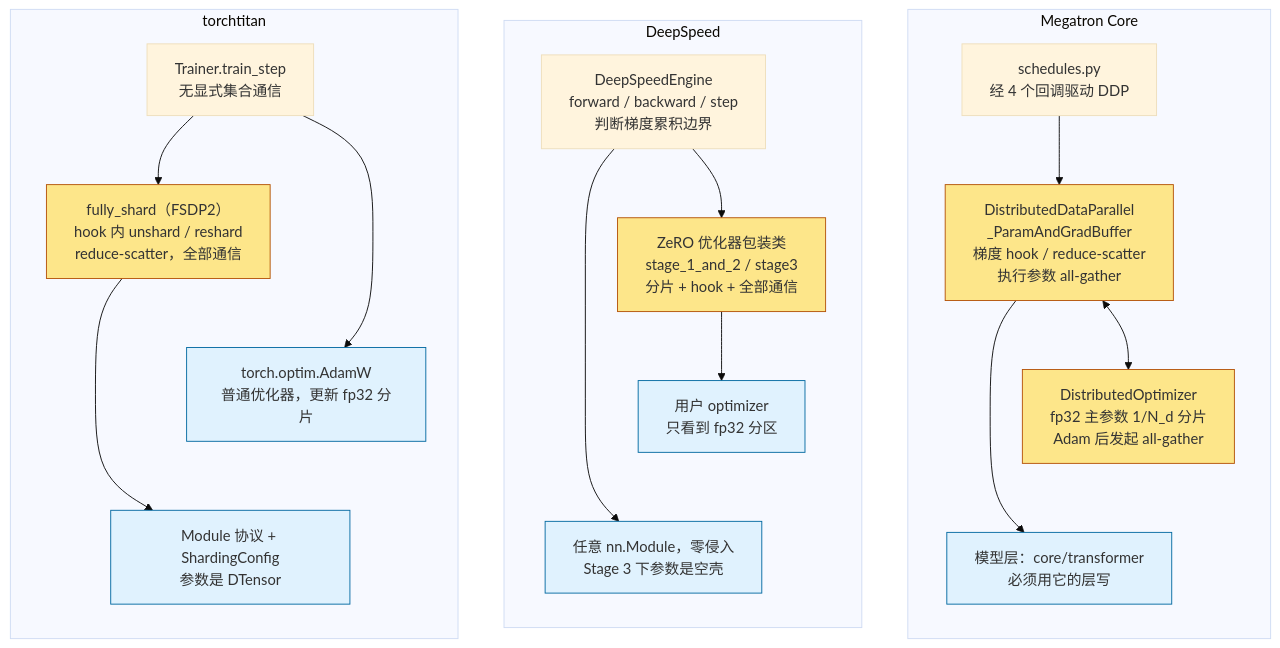
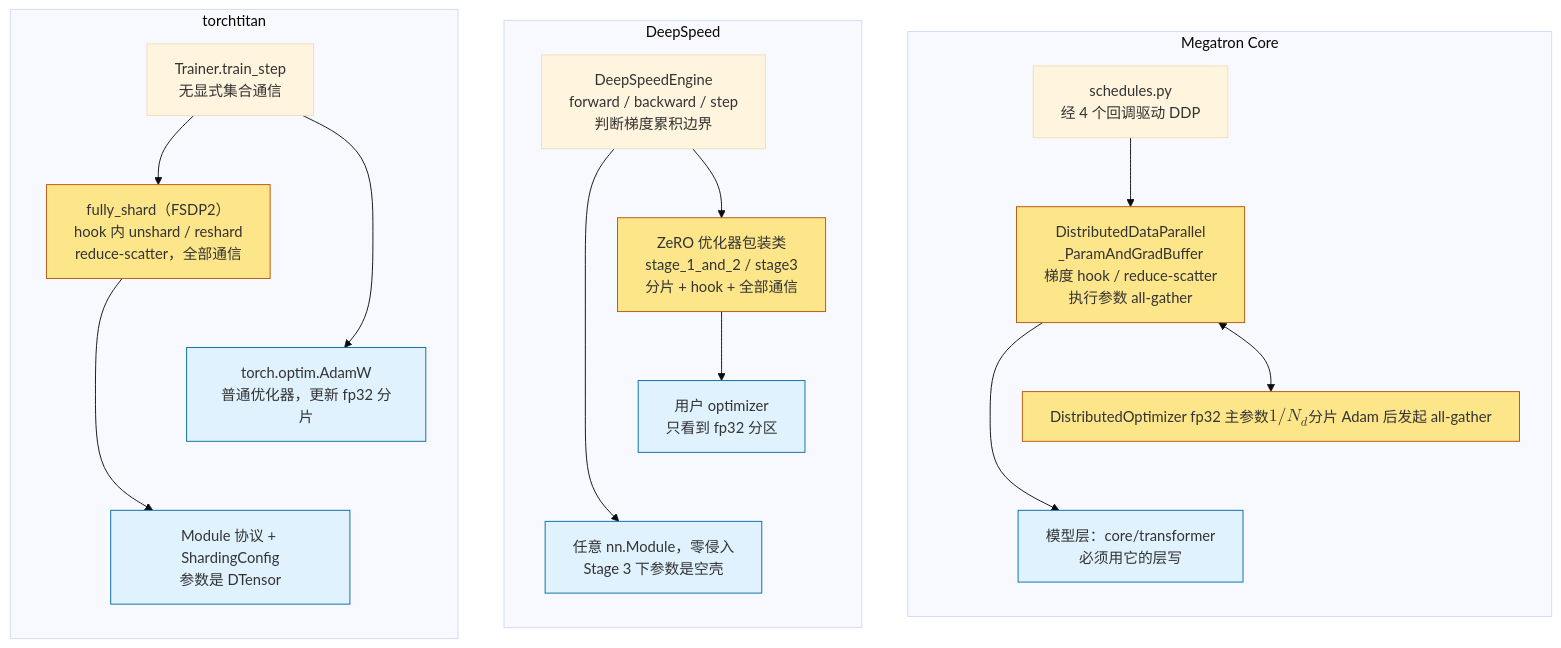
The first of 2 diagrams in _posts/2026-07-18-deepspeed-architecture-and-source-guide.md (arganzheng/arganzheng.github.com), drawn with Mermaid (base theme) before and after one commit. The commit also changed other lines of this file, not shown here.

Commit message:
大规模训练工程（04）：DeepSpeed——从优化器状态切起的架构与源码导读：Mermaid 伪公式改用 KaTeX
Mermaid 里的伪公式（Unicode 上下标、下划线下标、ᵀ、帽子 / 波浪号、希腊字母变量）改为 $$…$$，按正文的写法排版：
- $$1/N_d$$
- $$N_d$$

其中一处在 sequenceDiagram 里（Mermaid 以 MathML 渲染）。

代码名、形状写法、只有 ² 的写法保持原样。

````diff
--- a/_posts/2026-07-18-deepspeed-architecture-and-source-guide.md
+++ b/_posts/2026-07-18-deepspeed-architecture-and-source-guide.md
@@ -217,42 +217,42 @@
 ```mermaid
 %% 图：三个框架的分工：Megatron 是 DDP + DistributedOptimizer 两个类，DeepSpeed 是 ZeRO 优化器包装类，torchtitan 是 FSDP 负责一切通信
 flowchart TB
     subgraph MG["Megatron Core"]
         direction TB
         MG_S["schedules.py<br/>经 4 个回调驱动 DDP"]
         MG_D["DistributedDataParallel<br/>_ParamAndGradBuffer<br/>梯度 hook / reduce-scatter<br/>执行参数 all-gather"]
-        MG_O["DistributedOptimizer<br/>fp32 主参数 1/N_d 分片<br/>Adam 后发起 all-gather"]
+        MG_O["DistributedOptimizer<br/>fp32 主参数 $$1/N_d$$ 分片<br/>Adam 后发起 all-gather"]
         MG_M["模型层：core/transformer<br/>必须用它的层写"]
         MG_S --> MG_D
         MG_D <--> MG_O
         MG_D --> MG_M
         MG_O ~~~ MG_M
     end
     subgraph DS["DeepSpeed"]
         direction TB
         DS_E["DeepSpeedEngine<br/>forward / backward / step<br/>判断梯度累积边界"]
         DS_Z["ZeRO 优化器包装类<br/>stage_1_and_2 / stage3<br/>分片 + hook + 全部通信"]
         DS_U["用户 optimizer<br/>只看到 fp32 分区"]
         DS_M["任意 nn.Module，零侵入<br/>Stage 3 下参数是空壳"]
         DS_E --> DS_Z
         DS_Z --> DS_U
         DS_E --> DS_M
         DS_U ~~~ DS_M
     end
     subgraph TT["torchtitan"]
         direction TB
         TT_T["Trainer.train_step<br/>无显式集合通信"]
         TT_F["fully_shard（FSDP2）<br/>hook 内 unshard / reshard<br/>reduce-scatter，全部通信"]
         TT_O["torch.optim.AdamW<br/>普通优化器，更新 fp32 分片"]
         TT_M["Module 协议 + ShardingConfig<br/>参数是 DTensor"]
         TT_T --> TT_F
         TT_T --> TT_O
         TT_F --> TT_M
         TT_F ~~~ TT_O
         TT_O ~~~ TT_M
     end
     classDef comm fill:#fde68a,stroke:#b45309;
     classDef plain fill:#e0f2fe,stroke:#0369a1;
     class MG_D,MG_O,DS_Z,TT_F comm;
     class MG_M,DS_M,DS_U,TT_M,TT_O plain;
 ```
````
